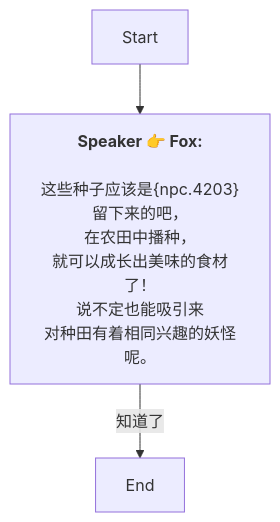
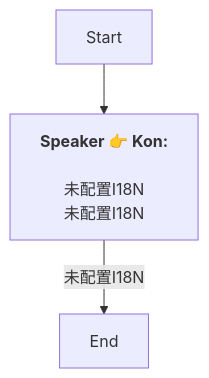
One commit to SoftHu/tos_avg changed the diagram in Zh/QuestStartTalkENode_1750222871049510.md. Above: the diagram before and after it, drawn with Mermaid. The commit also changed 730 other files, not shown here.

````diff
--- a/Zh/QuestStartTalkENode_1750222871049510.md
+++ b/Zh/QuestStartTalkENode_1750222871049510.md
@@ -1,10 +1,7 @@
 ```mermaid
 graph
-Start -->1750223292097833[<b>Speaker 👉 Fox:</b>
-\n这些种子应该是&lbrace;npc.4203&rbrace;留下来的吧，
-在农田中播种，
-就可以成长出美味的食材了！\n说不定也能吸引来
-对种田有着相同兴趣的妖怪呢。]
-1750223292097833 -->|知道了|1750223591105838[End]
+Start -->1750223292097833[<b>Speaker 👉 Kon:</b>
+\n未配置I18N\n未配置I18N]
+1750223292097833 -->|未配置I18N|1750223591105838[End]
 
 ```
````
